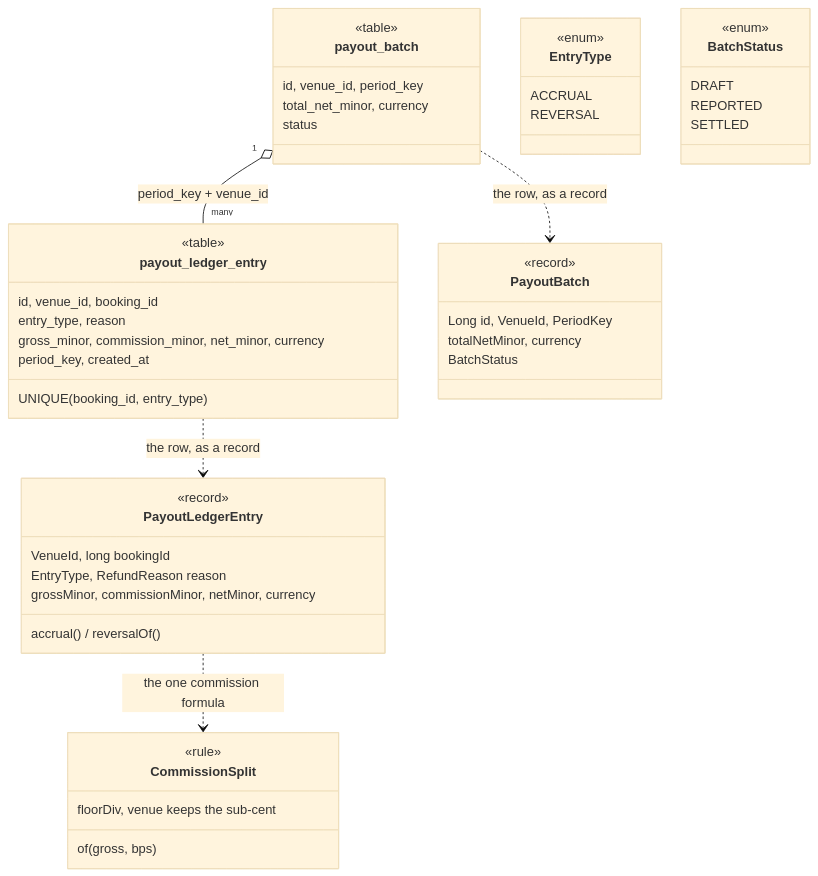
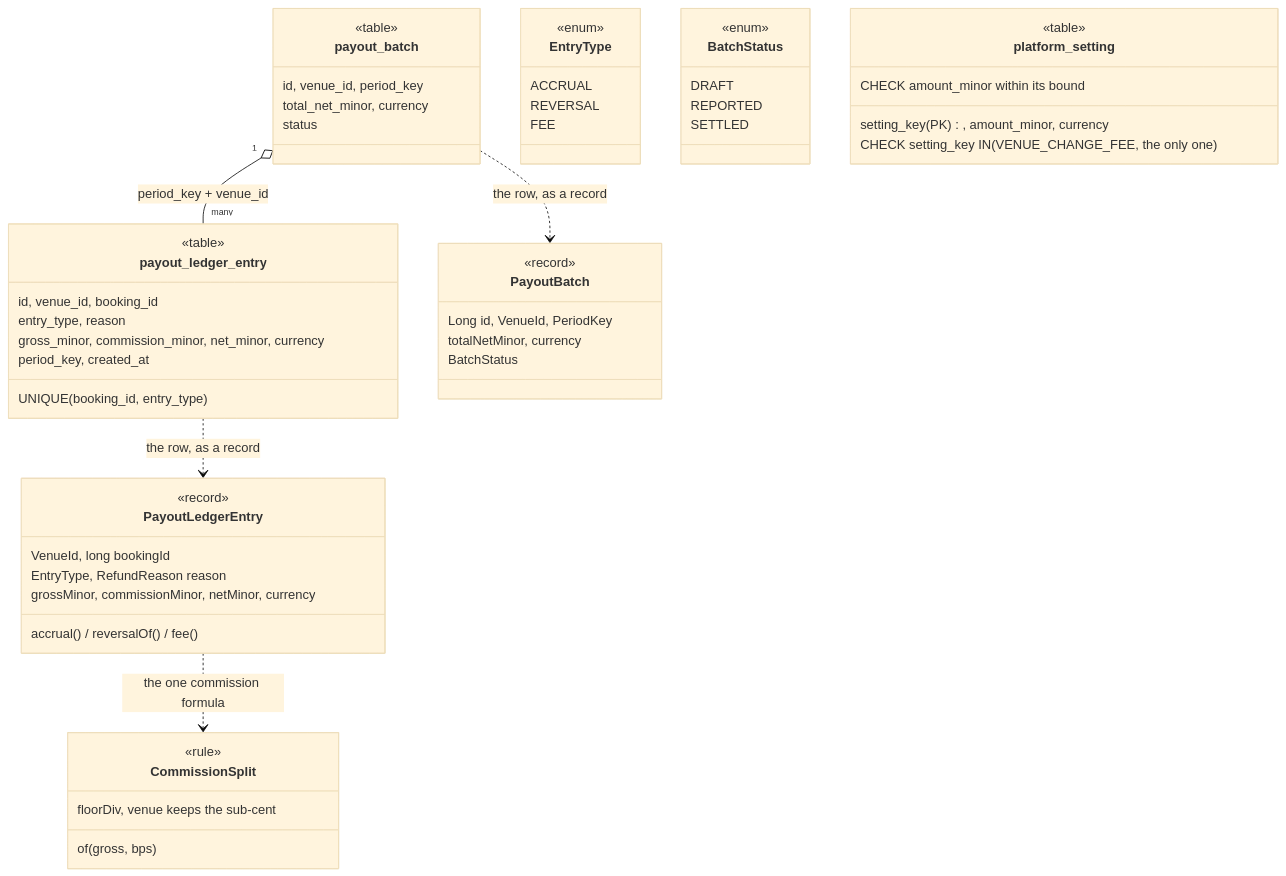
One commit to ivopogace/riviera-sunbed-booking changed the seventh of 15 diagrams in docs/architecture/domain-model.md. Above: the diagram before and after it, drawn with Mermaid (base theme). The commit also changed other lines of this file and 21 other files, not shown here.

````diff
--- a/docs/architecture/domain-model.md
+++ b/docs/architecture/domain-model.md
@@ -456,50 +467,57 @@
 ```mermaid
 classDiagram
     class payout_ledger_entry {
         <<table>>
         id, venue_id, booking_id
         entry_type, reason
         gross_minor, commission_minor, net_minor, currency
         period_key, created_at
         UNIQUE (booking_id, entry_type)
     }
     class payout_batch {
         <<table>>
         id, venue_id, period_key
         total_net_minor, currency
         status
     }
     class PayoutLedgerEntry {
         <<record>>
         VenueId, long bookingId
         EntryType, RefundReason reason
         grossMinor, commissionMinor, netMinor, currency
-        accrual() / reversalOf()
+        accrual() / reversalOf() / fee()
     }
     class PayoutBatch {
         <<record>>
         Long id, VenueId, PeriodKey
         totalNetMinor, currency
         BatchStatus
     }
     class CommissionSplit {
         <<rule>>
         of(gross, bps)
         floorDiv, venue keeps the sub-cent
     }
     class EntryType {
         <<enum>>
         ACCRUAL
         REVERSAL
+        FEE
     }
     class BatchStatus {
         <<enum>>
         DRAFT
         REPORTED
         SETTLED
     }
+    class platform_setting {
+        <<table>>
+        setting_key (PK), amount_minor, currency
+        CHECK setting_key IN (VENUE_CHANGE_FEE, the only one)
+        CHECK amount_minor within its bound
+    }
     payout_ledger_entry ..> PayoutLedgerEntry : the row, as a record
     payout_batch ..> PayoutBatch : the row, as a record
     PayoutLedgerEntry ..> CommissionSplit : the one commission formula
     payout_batch "1" o-- "many" payout_ledger_entry : period_key + venue_id
 ```
````
